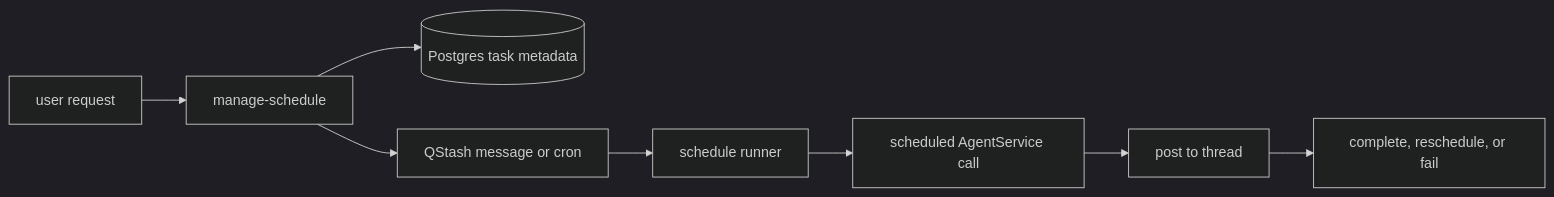
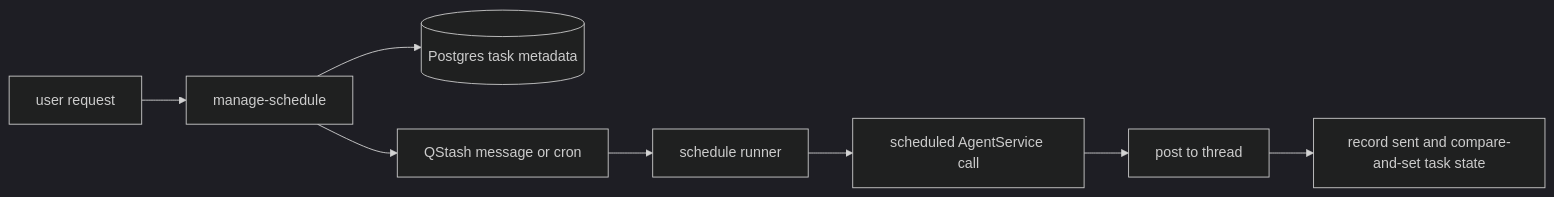
One commit to jmisilo/lab-jakubmisilo changed the second of 2 diagrams in apps/agent/README.md. Above: the diagram before and after it, drawn with Mermaid (dark theme). The commit also changed other lines of this file and 68 other files, not shown here.

````diff
--- a/apps/agent/README.md
+++ b/apps/agent/README.md
@@ -30,10 +32,10 @@
 ```mermaid
 flowchart LR
   User[user request] --> Tool[manage-schedule]
   Tool --> Db[(Postgres task metadata)]
   Tool --> QStash[QStash message or cron]
   QStash --> Runner[schedule runner]
   Runner --> Agent[scheduled AgentService call]
   Agent --> Post[post to thread]
-  Post --> Advance[complete, reschedule, or fail]
+  Post --> Finalize[record sent and compare-and-set task state]
 ```
````
